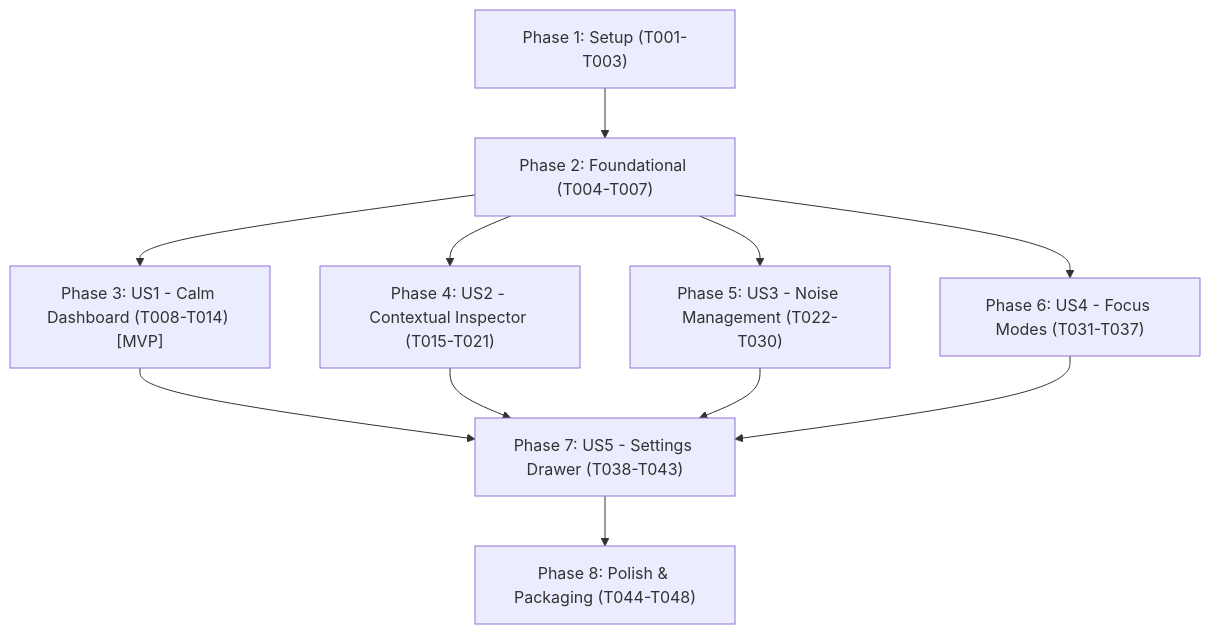
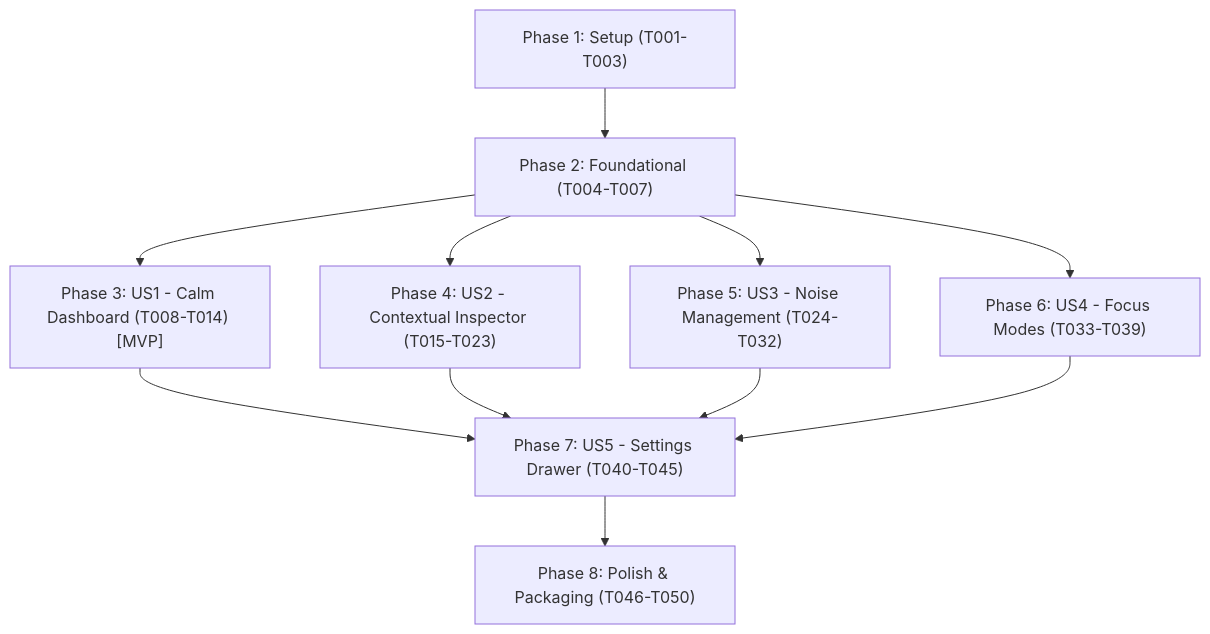
One commit to dioschuarz/knowframe changed the diagram in specs/002-context-observatory-ux/tasks.md. Above: the diagram before and after it, drawn with Mermaid. The commit also changed other lines of this file and 3 other files, not shown here.

````diff
--- a/specs/002-context-observatory-ux/tasks.md
+++ b/specs/002-context-observatory-ux/tasks.md
@@ -151,10 +153,10 @@
 ```mermaid
 graph TD
     Phase1["Phase 1: Setup (T001-T003)"] --> Phase2["Phase 2: Foundational (T004-T007)"]
     Phase2 --> US1["Phase 3: US1 - Calm Dashboard (T008-T014) [MVP]"]
-    Phase2 --> US2["Phase 4: US2 - Contextual Inspector (T015-T021)"]
-    Phase2 --> US3["Phase 5: US3 - Noise Management (T022-T030)"]
-    Phase2 --> US4["Phase 6: US4 - Focus Modes (T031-T037)"]
-    US1 & US2 & US3 & US4 --> US5["Phase 7: US5 - Settings Drawer (T038-T043)"]
-    US5 --> Polish["Phase 8: Polish & Packaging (T044-T048)"]
+    Phase2 --> US2["Phase 4: US2 - Contextual Inspector (T015-T023)"]
+    Phase2 --> US3["Phase 5: US3 - Noise Management (T024-T032)"]
+    Phase2 --> US4["Phase 6: US4 - Focus Modes (T033-T039)"]
+    US1 & US2 & US3 & US4 --> US5["Phase 7: US5 - Settings Drawer (T040-T045)"]
+    US5 --> Polish["Phase 8: Polish & Packaging (T046-T050)"]
 ```
````
